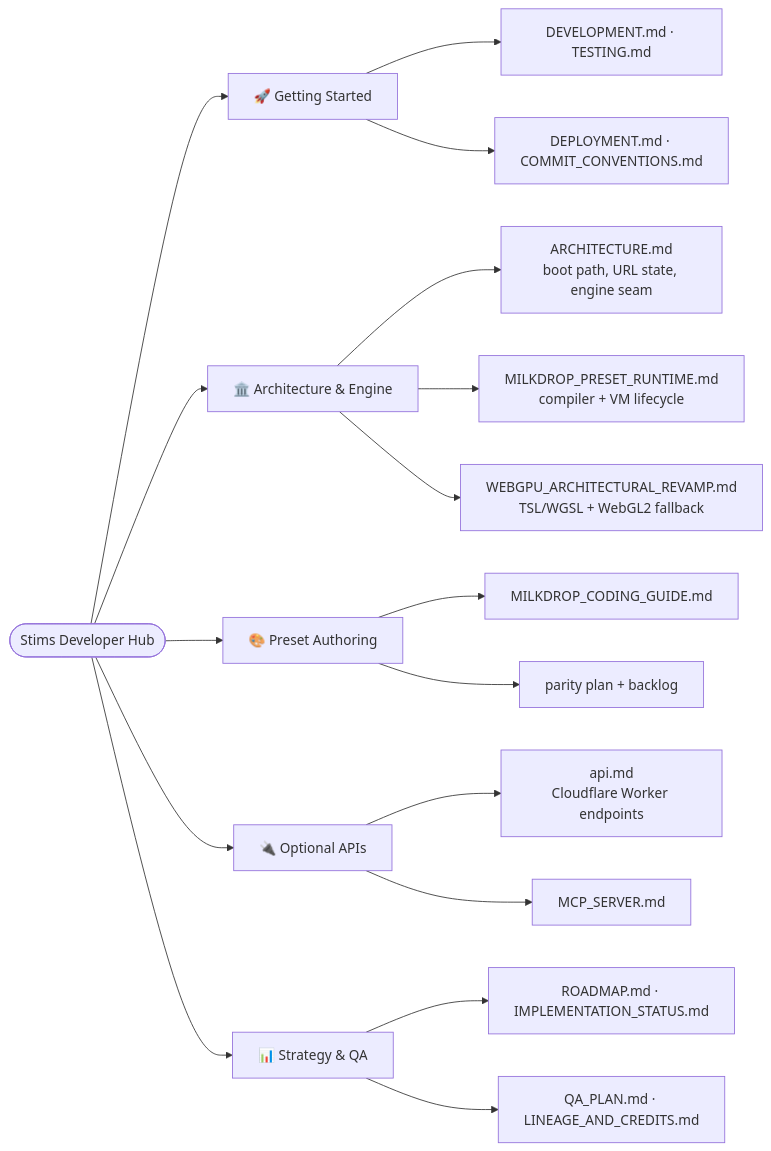
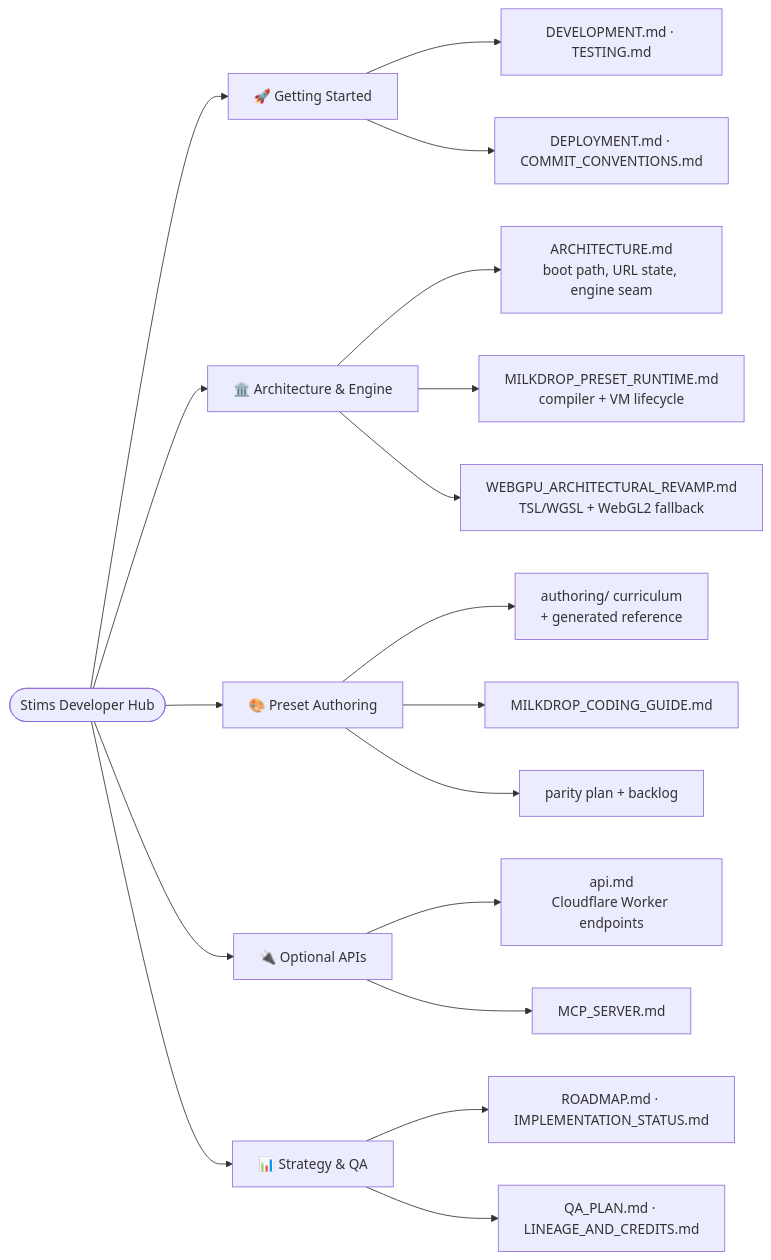
Before and after one commit to zz-plant/stims: the diagram in docs/README.md, drawn with Mermaid. The commit also changed other lines of this file and 73 other files, not shown here.

Commit message:
feat(milkdrop): live preset tiles, salvage compile, & authoring docs

````diff
--- a/docs/README.md
+++ b/docs/README.md
@@ -11,26 +11,27 @@
 ```mermaid
 flowchart LR
   Start(["Stims Developer Hub"])
 
   Start --> GS["🚀 Getting Started"]
   Start --> Arch["🏛️ Architecture & Engine"]
   Start --> Preset["🎨 Preset Authoring"]
   Start --> API["🔌 Optional APIs"]
   Start --> Strat["📊 Strategy & QA"]
 
   GS --> GS1["DEVELOPMENT.md · TESTING.md"]
   GS --> GS2["DEPLOYMENT.md · COMMIT_CONVENTIONS.md"]
 
   Arch --> A1["ARCHITECTURE.md<br/>boot path, URL state, engine seam"]
   Arch --> A2["MILKDROP_PRESET_RUNTIME.md<br/>compiler + VM lifecycle"]
   Arch --> A3["WEBGPU_ARCHITECTURAL_REVAMP.md<br/>TSL/WGSL + WebGL2 fallback"]
 
+  Preset --> P0["authoring/ curriculum<br/>+ generated reference"]
   Preset --> P1["MILKDROP_CODING_GUIDE.md"]
   Preset --> P2["parity plan + backlog"]
 
   API --> E1["api.md<br/>Cloudflare Worker endpoints"]
   API --> E2["MCP_SERVER.md"]
 
   Strat --> S1["ROADMAP.md · IMPLEMENTATION_STATUS.md"]
   Strat --> S2["QA_PLAN.md · LINEAGE_AND_CREDITS.md"]
 ```
````
